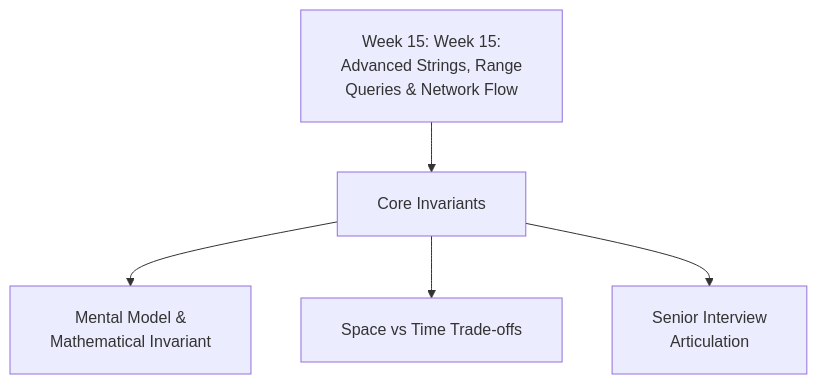
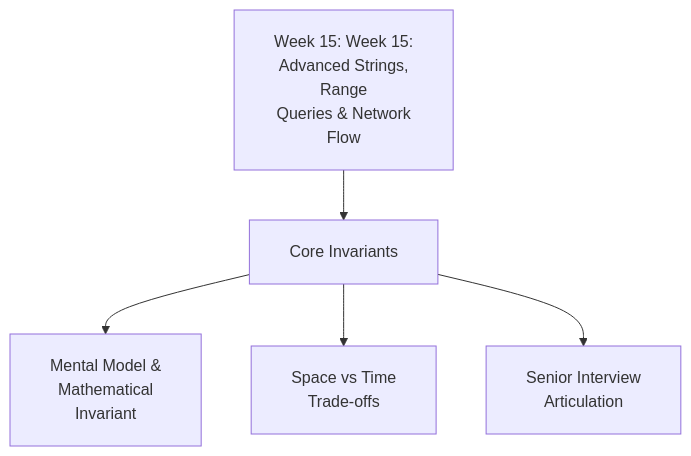
One commit to dip4k/DSA_102 changed the diagram in week_15_advanced_strings_flow/WEEK_15_FULL_PLAYBOOK.md. Above: the diagram before and after it, drawn with Mermaid. The commit also changed 106 other files, not shown here.

First line of the commit message:
fix(mermaid): prevent text clipping with foreignObject overflow and tighter line wrapping

````diff
--- a/week_15_advanced_strings_flow/WEEK_15_FULL_PLAYBOOK.md
+++ b/week_15_advanced_strings_flow/WEEK_15_FULL_PLAYBOOK.md
@@ -13,8 +13,8 @@
 ```mermaid
-%%{init: {"flowchart": {"htmlLabels": true, "padding": 20}}}%%
+%%{init: {"flowchart": {"htmlLabels": true, "padding": 20}, "themeCSS": "foreignObject { overflow: visible !important; }"}}%%
 flowchart TD
-    W["Week 15: Week 15:<br/>Advanced Strings, Range<br/>Queries & Network Flow"] --> Core["Core Invariants"]
-    Core --> P1["Mental Model &<br/>Mathematical Invariant"]
-    Core --> P2["Space vs Time Trade-offs"]
+    W["Week 15: Week 15:<br/>Advanced Strings,<br/>Range<br/>Queries & Network<br/>Flow"] --> Core["Core Invariants"]
+    Core --> P1["Mental Model &<br/>Mathematical<br/>Invariant"]
+    Core --> P2["Space vs Time<br/>Trade-offs"]
     Core --> P3["Senior Interview<br/>Articulation"]
 ```
````
